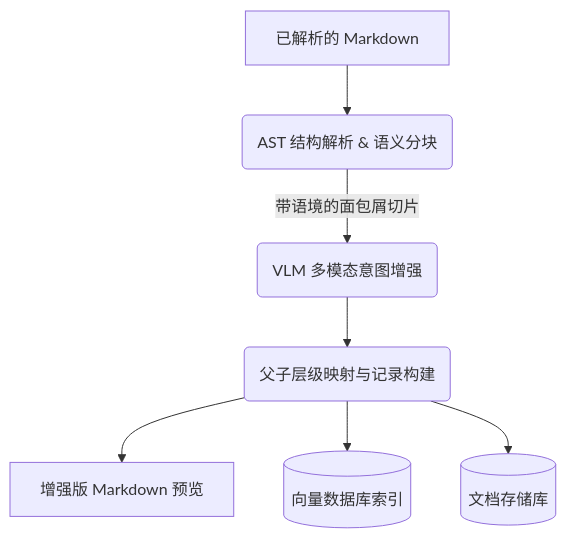
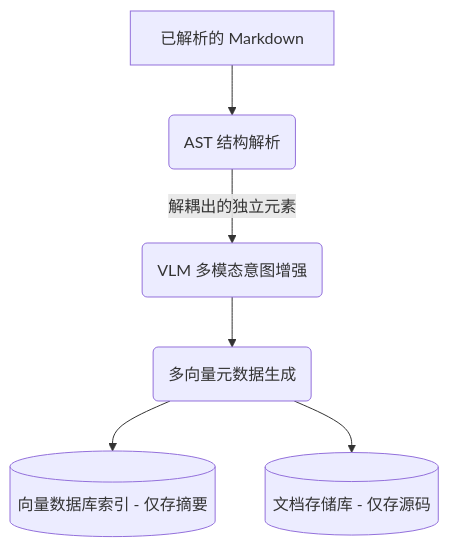
The diagram in README_zh.md (Flying-Henanese/rag_enhanced_caption), drawn with Mermaid before and after one commit. The commit also changed other lines of this file and 9 other files, not shown here.

````diff
--- a/README_zh.md
+++ b/README_zh.md
@@ -58,9 +75,8 @@
 ```mermaid
 graph TD
-    A[已解析的 Markdown] --> B(AST 结构解析 & 语义分块)
-    B -->|带语境的面包屑切片| C(VLM 多模态意图增强)
-    C --> D(父子层级映射与记录构建)
-    D --> E[增强版 Markdown 预览]
-    D --> F[(向量数据库索引)]
-    D --> G[(文档存储库)]
+    A[已解析的 Markdown] --> B(AST 结构解析)
+    B -->|解耦出的独立元素| C(VLM 多模态意图增强)
+    C --> D(多向量元数据生成)
+    D --> F[(向量数据库索引 - 仅存摘要)]
+    D --> G[(文档存储库 - 仅存源码)]
 ```
````
